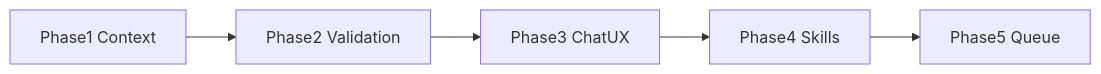
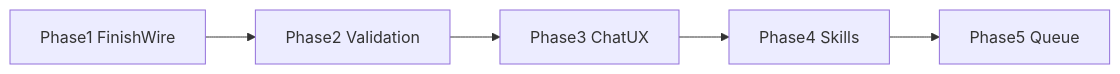
Before and after one commit to jacobziemba-dev/pc_fixer_app: the diagram in .cursor/plans/ai_tools_roadmap_dc987c57.plan.md, drawn with Mermaid. The commit also changed other lines of this file and 2 other files, not shown here.

First line of the commit message:
Enhance AI Assistant functionality and roadmap clarity

````diff
--- a/.cursor/plans/ai_tools_roadmap_dc987c57.plan.md
+++ b/.cursor/plans/ai_tools_roadmap_dc987c57.plan.md
@@ -67,7 +72,7 @@
 ```mermaid
 flowchart LR
-  P1[Phase1 Context] --> P2[Phase2 Validation]
+  P1[Phase1 FinishWire] --> P2[Phase2 Validation]
   P2 --> P3[Phase3 ChatUX]
   P3 --> P4[Phase4 Skills]
   P4 --> P5[Phase5 Queue]
 ```
````
